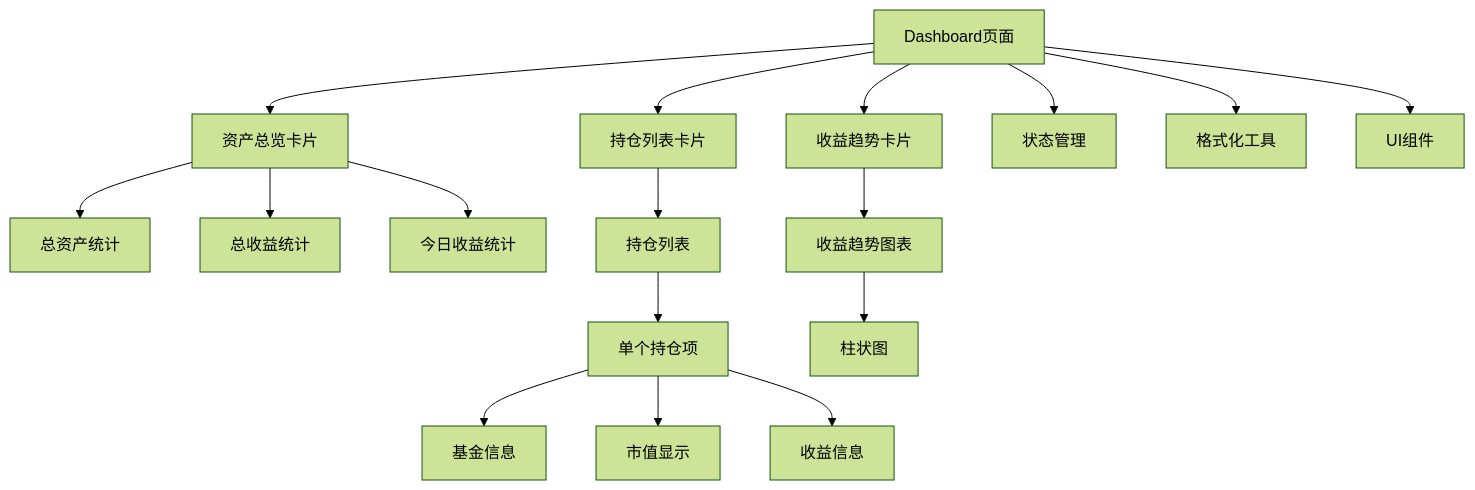
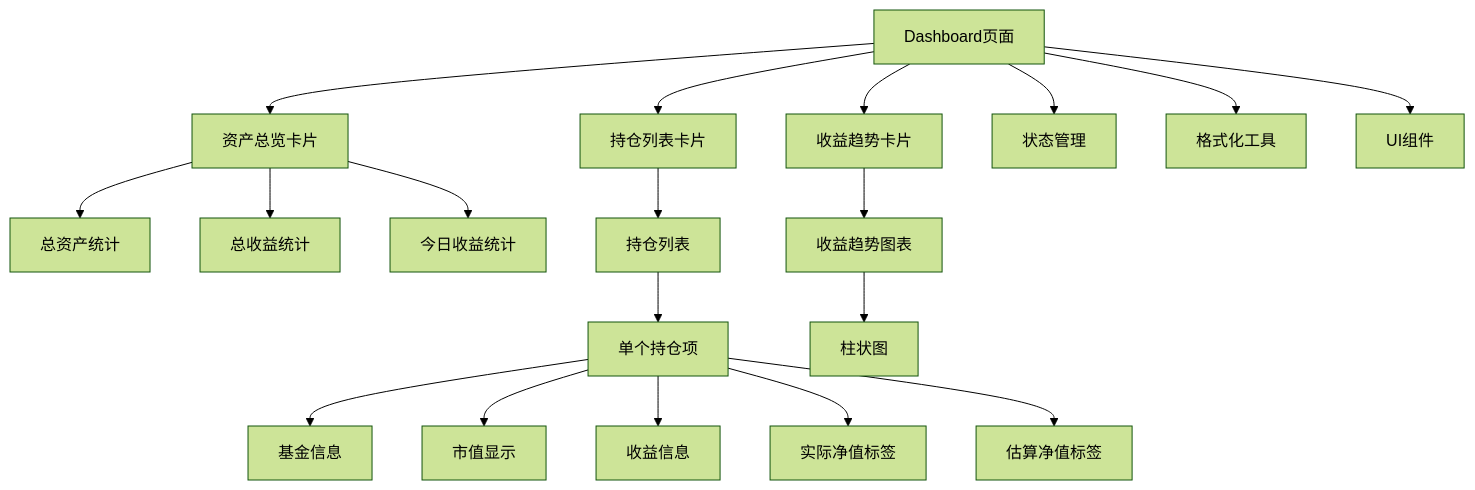
Before and after one commit to gree-coder/fund-butler: the seventh of 11 diagrams in .qoder/repowiki/zh/content/Dashboard Enhancement.md, drawn with Mermaid (forest theme). The commit also changed other lines of this file and 23 other files, not shown here.

````diff
--- a/.qoder/repowiki/zh/content/Dashboard Enhancement.md
+++ b/.qoder/repowiki/zh/content/Dashboard Enhancement.md
@@ -262,19 +337,21 @@
 ```mermaid
 graph TB
 Dashboard[Dashboard页面] --> Card1[资产总览卡片]
 Dashboard --> Card2[持仓列表卡片]
 Dashboard --> Card3[收益趋势卡片]
 Card1 --> Statistic1[总资产统计]
 Card1 --> Statistic2[总收益统计]
 Card1 --> Statistic3[今日收益统计]
 Card2 --> PositionList[持仓列表]
 PositionList --> PositionItem[单个持仓项]
 PositionItem --> FundInfo[基金信息]
 PositionItem --> MarketValue[市值显示]
 PositionItem --> Returns[收益信息]
+PositionItem --> ActualReturn[实际净值标签]
+PositionItem --> EstimateReturn[估算净值标签]
 Card3 --> Chart[收益趋势图表]
 Chart --> BarChart[柱状图]
 Dashboard --> Hooks[状态管理]
 Dashboard --> Utils[格式化工具]
 Dashboard --> Components[UI组件]
 ```
````
